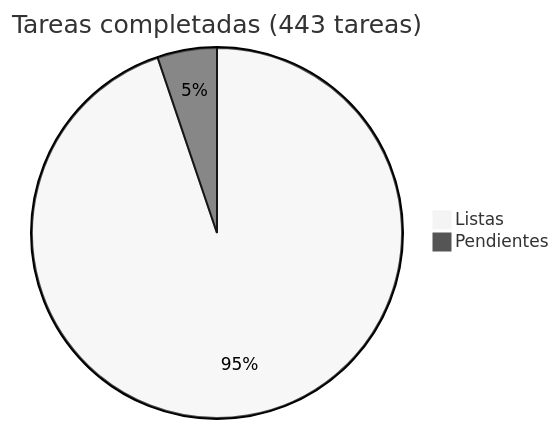
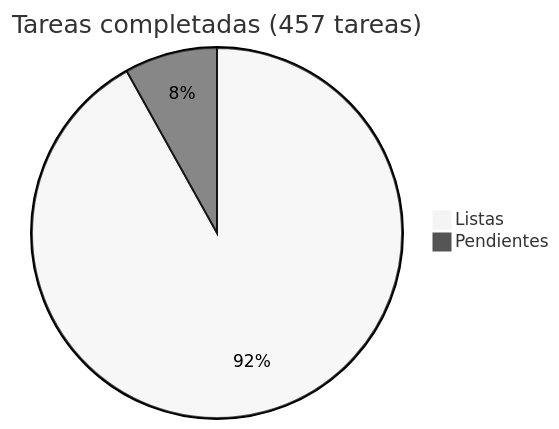
One commit to araguaney-lat/araguaney changed the diagram in docs/roadmap/README.md. Above: the diagram before and after it, drawn with Mermaid (neutral theme). The commit also changed other lines of this file and 2 other files, not shown here.

````diff
--- a/docs/roadmap/README.md
+++ b/docs/roadmap/README.md
@@ -5,5 +5,5 @@
 ```mermaid
-pie title Tareas completadas (443 tareas)
+pie title Tareas completadas (457 tareas)
     "Listas" : 420
-    "Pendientes" : 23
+    "Pendientes" : 37
 ```
````
